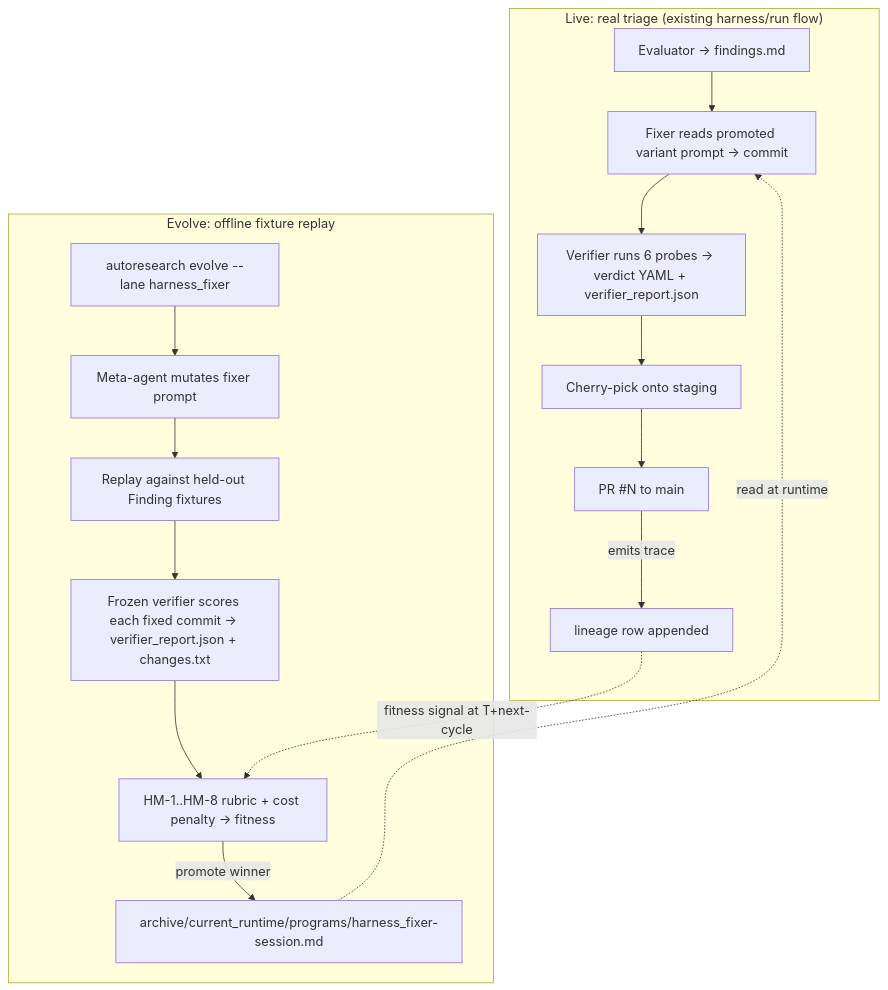
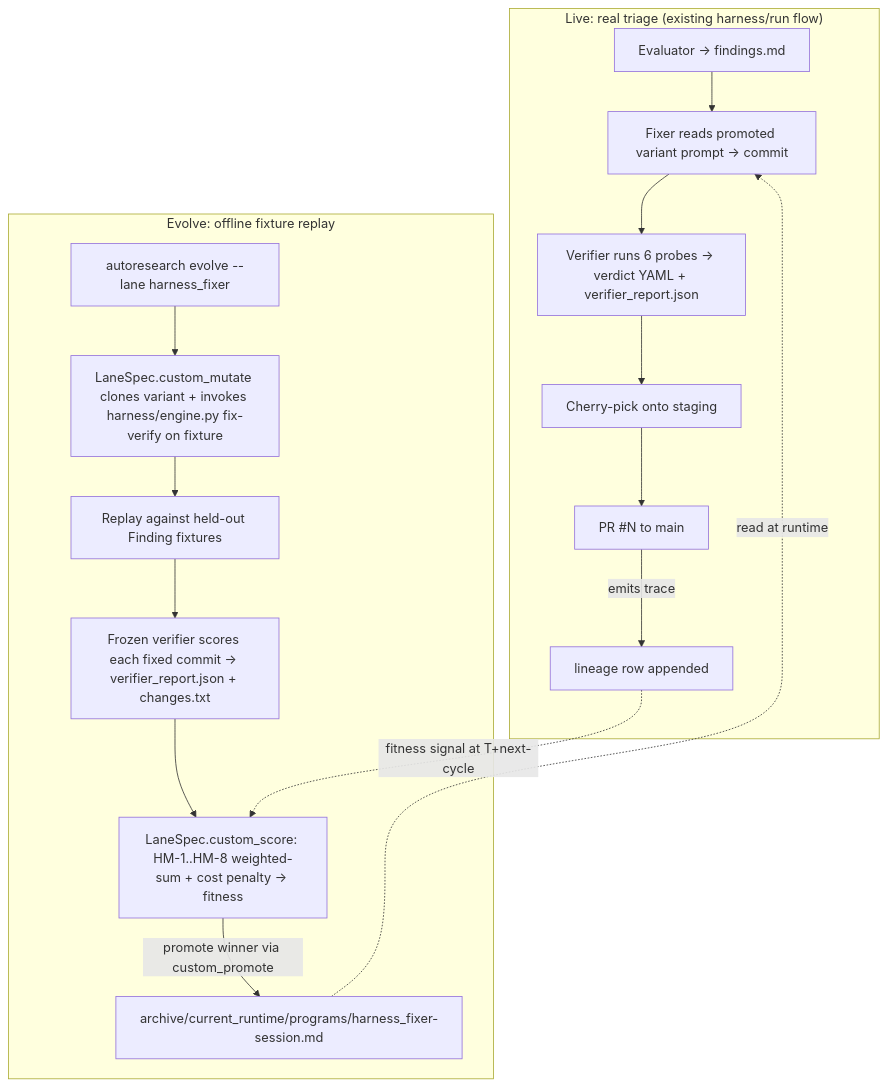
The first of 2 diagrams in docs/brainstorms/2026-04-26-harness-fixer-autoresearch-fusion-requirements.md (jryszardnoszczyk/gofreddy), drawn with Mermaid before and after one commit. The commit also changed other lines of this file, not shown here.

First line of the commit message:
plan(harness-fixer): revise brainstorm against shipped lane_registry contract

````diff
--- a/docs/brainstorms/2026-04-26-harness-fixer-autoresearch-fusion-requirements.md
+++ b/docs/brainstorms/2026-04-26-harness-fixer-autoresearch-fusion-requirements.md
@@ -19,18 +19,18 @@
 ```mermaid
 flowchart TB
   subgraph LIVE["Live: real triage (existing harness/run flow)"]
     F1[Evaluator → findings.md] --> F2[Fixer reads promoted variant prompt → commit]
     F2 --> F3[Verifier runs 6 probes → verdict YAML + verifier_report.json]
     F3 --> F4[Cherry-pick onto staging] --> F5[PR #N to main]
     F5 -->|emits trace| LJ[lineage row appended]
   end
   subgraph EVOLVE["Evolve: offline fixture replay"]
-    E1[autoresearch evolve --lane harness_fixer] --> E2[Meta-agent mutates fixer prompt]
+    E1[autoresearch evolve --lane harness_fixer] --> E2[LaneSpec.custom_mutate clones variant + invokes harness/engine.py fix-verify on fixture]
     E2 --> E3[Replay against held-out Finding fixtures]
     E3 --> E4[Frozen verifier scores each fixed commit → verifier_report.json + changes.txt]
-    E4 --> E5[HM-1..HM-8 rubric + cost penalty → fitness]
-    E5 -->|promote winner| P[archive/current_runtime/programs/harness_fixer-session.md]
+    E4 --> E5[LaneSpec.custom_score: HM-1..HM-8 weighted-sum + cost penalty → fitness]
+    E5 -->|promote winner via custom_promote| P[archive/current_runtime/programs/harness_fixer-session.md]
   end
   P -. read at runtime .-> F2
   LJ -. fitness signal at T+next-cycle .-> E5
 ```
````
